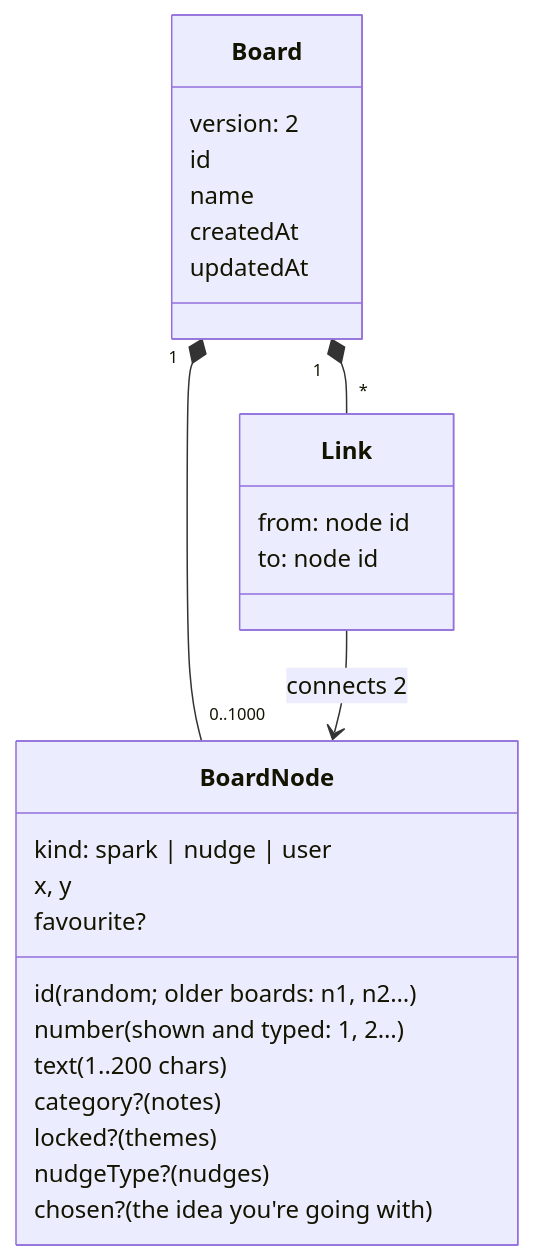
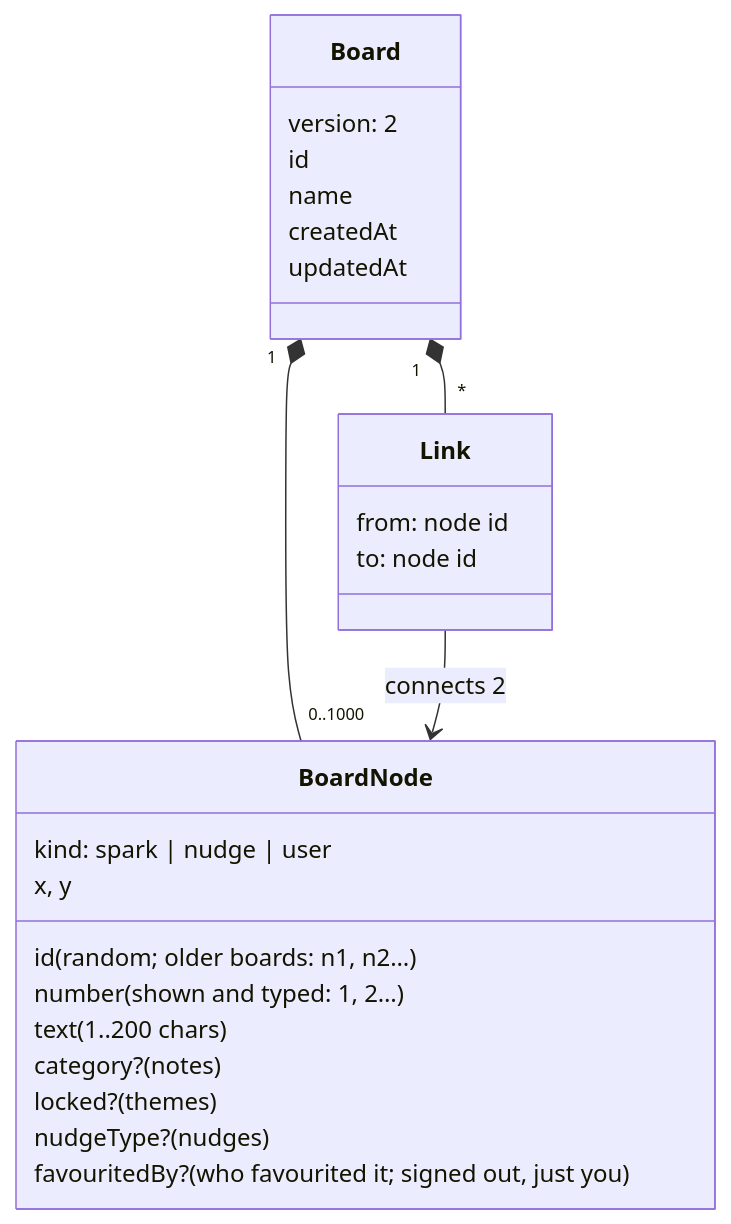
Before and after one commit to jtbinith/floppy-thoughts: the second of 7 diagrams in docs/mvp/architecture.md, drawn with Mermaid. The commit also changed other lines of this file and 37 other files, not shown here.

Commit message:
Favourites replace 'this is the one'; summary lists every favourite idea; boards upgrade to version 4

````diff
--- a/docs/mvp/architecture.md
+++ b/docs/mvp/architecture.md
@@ -34,29 +34,28 @@
 ```mermaid
 classDiagram
   class Board {
     version: 2
     id
     name
     createdAt
     updatedAt
   }
   class BoardNode {
     id (random; older boards: n1, n2…)
     number (shown and typed: 1, 2…)
     text (1..200 chars)
     kind: spark | nudge | user
     x, y
     category? (notes)
     locked? (themes)
     nudgeType? (nudges)
-    favourite?
-    chosen? (the idea you're going with)
+    favouritedBy? (who favourited it; signed out, just you)
   }
   class Link {
     from: node id
     to: node id
   }
   Board "1" *-- "0..1000" BoardNode
   Board "1" *-- "*" Link
   Link --> BoardNode : connects 2
 ```
````
